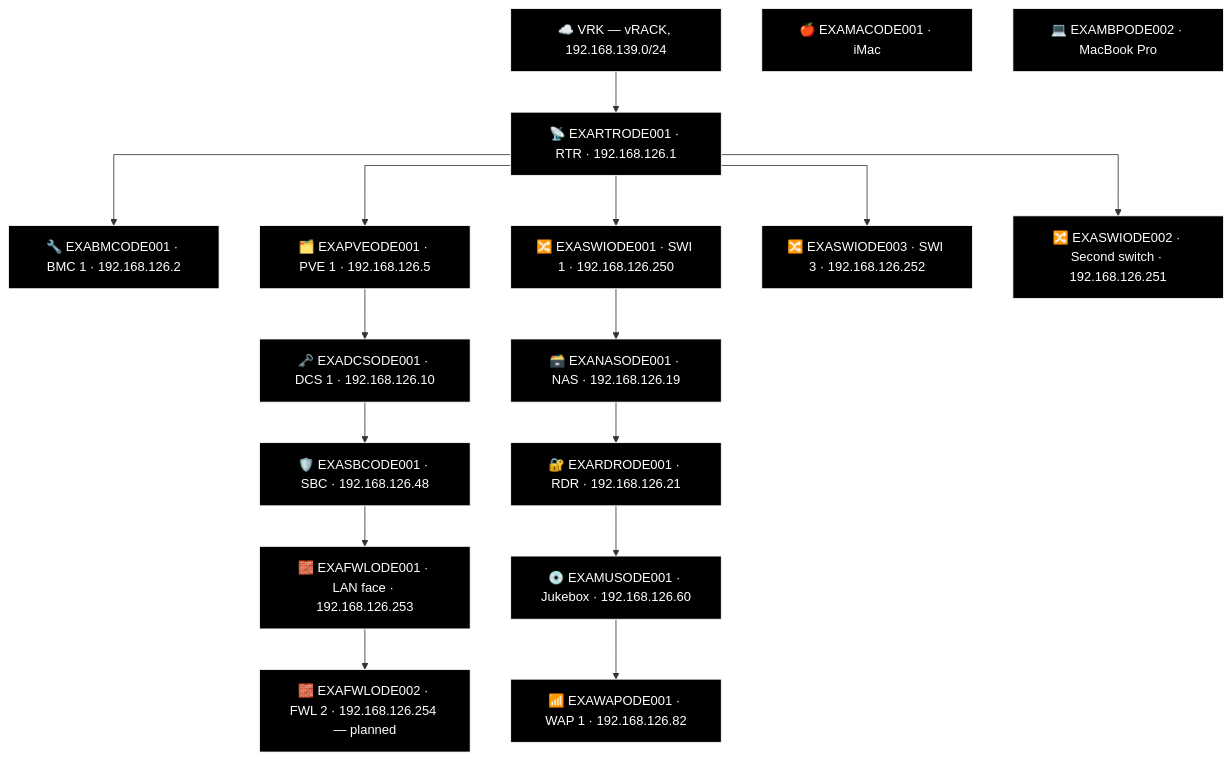
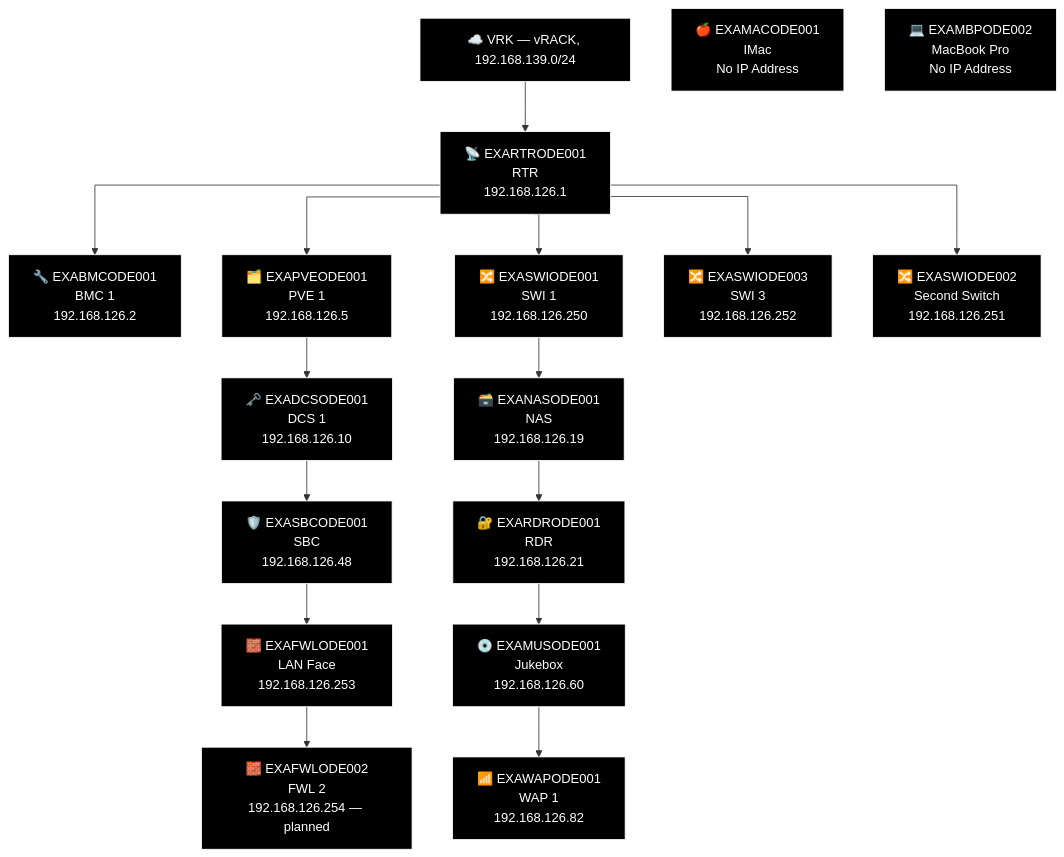
The fourth of 18 diagrams in docs/network-diagram/danmark.md (knightmare2600/example_music_infra), drawn with Mermaid before and after one commit. The commit also changed other lines of this file and 18 other files, not shown here.

````diff
--- a/docs/network-diagram/danmark.md
+++ b/docs/network-diagram/danmark.md
@@ -149,48 +149,48 @@
 ```mermaid
 %% GENERATED:TOPOLOGY:ODE:START
 %%{init: {'flowchart': {'curve': 'stepAfter'}}}%%
 graph TD
     T_VRK["☁️ VRK — vRACK, 192.168.139.0/24"]
-    T_RTR["📡 EXARTRODE001 · RTR · 192.168.126.1"]
+    T_RTR["📡 EXARTRODE001<br/>RTR<br/>192.168.126.1"]
     T_VRK --> T_RTR
-    T_BMC["🔧 EXABMCODE001 · BMC 1 · 192.168.126.2"]
+    T_BMC["🔧 EXABMCODE001<br/>BMC 1<br/>192.168.126.2"]
     T_RTR --> T_BMC
-    T_PVE["🗂️ EXAPVEODE001 · PVE 1 · 192.168.126.5"]
+    T_PVE["🗂️ EXAPVEODE001<br/>PVE 1<br/>192.168.126.5"]
     T_RTR --> T_PVE
-    T_SWI["🔀 EXASWIODE001 · SWI 1 · 192.168.126.250"]
+    T_SWI["🔀 EXASWIODE001<br/>SWI 1<br/>192.168.126.250"]
     T_RTR --> T_SWI
-    T_SWI2["🔀 EXASWIODE003 · SWI 3 · 192.168.126.252"]
+    T_SWI2["🔀 EXASWIODE003<br/>SWI 3<br/>192.168.126.252"]
     T_RTR --> T_SWI2
-    T_SWI3["🔀 EXASWIODE002 · Second switch · 192.168.126.251"]
+    T_SWI3["🔀 EXASWIODE002<br/>Second Switch<br/>192.168.126.251"]
     T_RTR --> T_SWI3
-    T_NAS["🗃️ EXANASODE001 · NAS · 192.168.126.19"]
-    T_RDR["🔐 EXARDRODE001 · RDR · 192.168.126.21"]
-    T_MUS["💿 EXAMUSODE001 · Jukebox · 192.168.126.60"]
-    T_WAP["📶 EXAWAPODE001 · WAP 1 · 192.168.126.82"]
+    T_NAS["🗃️ EXANASODE001<br/>NAS<br/>192.168.126.19"]
+    T_RDR["🔐 EXARDRODE001<br/>RDR<br/>192.168.126.21"]
+    T_MUS["💿 EXAMUSODE001<br/>Jukebox<br/>192.168.126.60"]
+    T_WAP["📶 EXAWAPODE001<br/>WAP 1<br/>192.168.126.82"]
     T_SWI --> T_NAS --> T_RDR --> T_MUS --> T_WAP
-    T_DCS["🗝️ EXADCSODE001 · DCS 1 · 192.168.126.10"]
-    T_SBC["🛡️ EXASBCODE001 · SBC · 192.168.126.48"]
-    T_FWL["🧱 EXAFWLODE001 · LAN face · 192.168.126.253"]
-    T_FWL2["🧱 EXAFWLODE002 · FWL 2 · 192.168.126.254 — planned"]
+    T_DCS["🗝️ EXADCSODE001<br/>DCS 1<br/>192.168.126.10"]
+    T_SBC["🛡️ EXASBCODE001<br/>SBC<br/>192.168.126.48"]
+    T_FWL["🧱 EXAFWLODE001<br/>LAN Face<br/>192.168.126.253"]
+    T_FWL2["🧱 EXAFWLODE002<br/>FWL 2<br/>192.168.126.254 — planned"]
     T_PVE --> T_DCS --> T_SBC --> T_FWL --> T_FWL2
-    T_MAC["🍎 EXAMACODE001 · iMac"]
-    T_MBP["💻 EXAMBPODE002 · MacBook Pro"]
+    T_MAC["🍎 EXAMACODE001<br/>IMac<br/>No IP Address"]
+    T_MBP["💻 EXAMBPODE002<br/>MacBook Pro<br/>No IP Address"]
     style T_VRK fill:#000000,stroke:#FFFFFF,color:#FFFFFF
     style T_RTR fill:#000000,stroke:#FFFFFF,color:#FFFFFF
     style T_BMC fill:#000000,stroke:#FFFFFF,color:#FFFFFF
     style T_PVE fill:#000000,stroke:#FFFFFF,color:#FFFFFF
     style T_SWI fill:#000000,stroke:#FFFFFF,color:#FFFFFF
     style T_SWI2 fill:#000000,stroke:#FFFFFF,color:#FFFFFF
     style T_SWI3 fill:#000000,stroke:#FFFFFF,color:#FFFFFF
     style T_NAS fill:#000000,stroke:#FFFFFF,color:#FFFFFF
     style T_RDR fill:#000000,stroke:#FFFFFF,color:#FFFFFF
     style T_MUS fill:#000000,stroke:#FFFFFF,color:#FFFFFF
     style T_WAP fill:#000000,stroke:#FFFFFF,color:#FFFFFF
     style T_DCS fill:#000000,stroke:#FFFFFF,color:#FFFFFF
     style T_SBC fill:#000000,stroke:#FFFFFF,color:#FFFFFF
     style T_FWL fill:#000000,stroke:#FFFFFF,color:#FFFFFF
     style T_FWL2 fill:#000000,stroke:#FFFFFF,color:#FFFFFF
     style T_MAC fill:#000000,stroke:#FFFFFF,color:#FFFFFF
     style T_MBP fill:#000000,stroke:#FFFFFF,color:#FFFFFF
 %% GENERATED:TOPOLOGY:ODE:END
 ```
````
